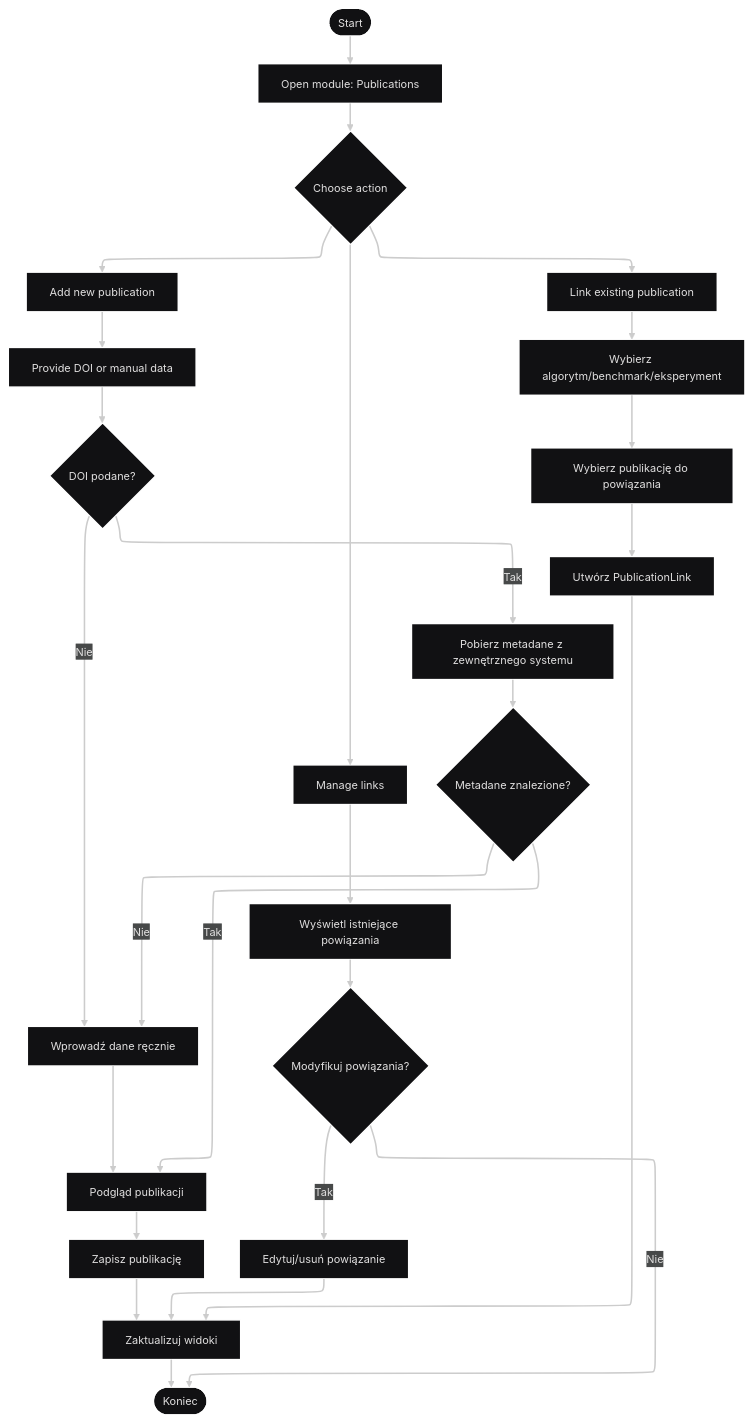
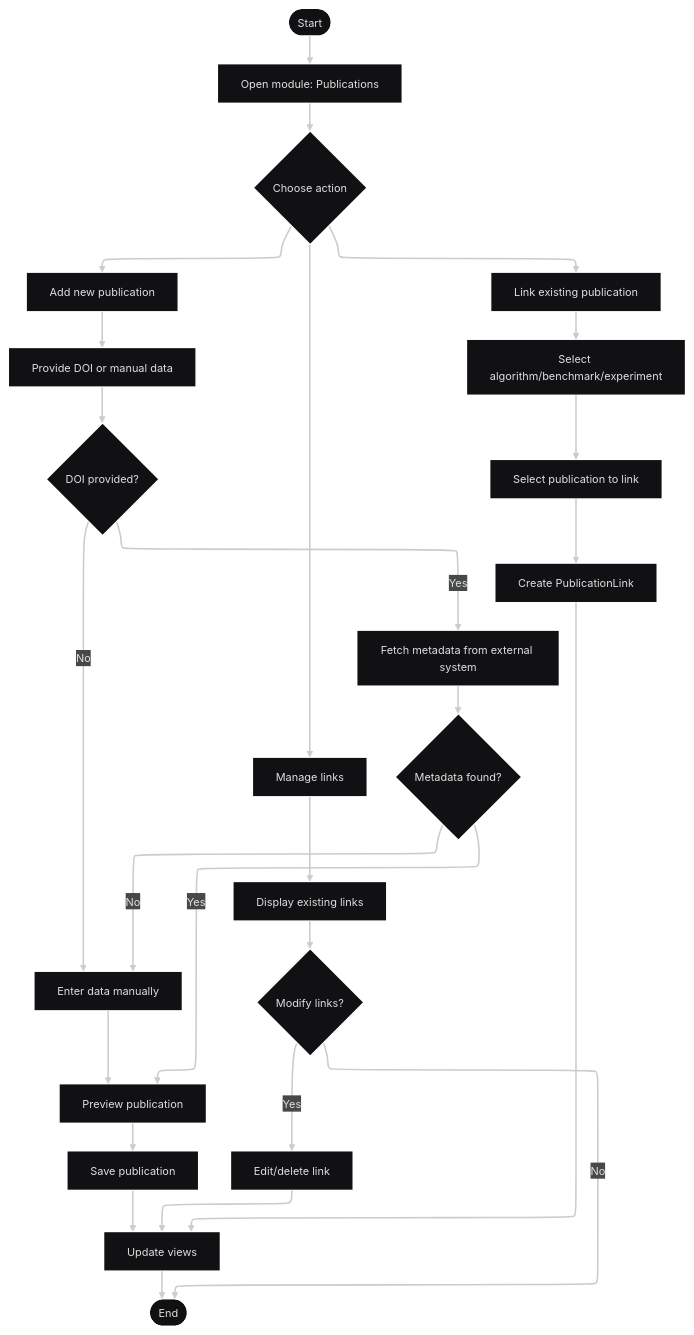
Before and after one commit to jedrzejpolaczek/aviarium.corvidae.corvus_corone: diagram 18 of 33 in docs/requirements/use-cases.md, drawn with Mermaid. The commit also changed other lines of this file and 12 other files, not shown here.

````diff
--- a/docs/requirements/use-cases.md
+++ b/docs/requirements/use-cases.md
@@ -787,31 +787,31 @@
 ```mermaid
 ---
 config:
   layout: elk
   theme: redux-dark
 ---
 flowchart TB
     Start(["Start"]) --> OpenPublications["Open module: Publications"]
     OpenPublications --> ChooseAction{"Choose action"}
     ChooseAction --> AddPublication["Add new publication"] & LinkExisting["Link existing publication"] & ManageLinks["Manage links"]
     AddPublication --> EnterData["Provide DOI or manual data"]
-    EnterData --> CheckDOI{"DOI podane?"}
-    CheckDOI -- Tak --> FetchMetadata["Pobierz metadane z zewnętrznego systemu"]
-    CheckDOI -- Nie --> ManualEntry["Wprowadź dane ręcznie"]
-    FetchMetadata --> MetadataFound{"Metadane znalezione?"}
-    MetadataFound -- Nie --> ManualEntry
-    MetadataFound -- Tak --> PreviewPublication["Podgląd publikacji"]
+    EnterData --> CheckDOI{"DOI provided?"}
+    CheckDOI -- Yes --> FetchMetadata["Fetch metadata from external system"]
+    CheckDOI -- No --> ManualEntry["Enter data manually"]
+    FetchMetadata --> MetadataFound{"Metadata found?"}
+    MetadataFound -- No --> ManualEntry
+    MetadataFound -- Yes --> PreviewPublication["Preview publication"]
     ManualEntry --> PreviewPublication
-    PreviewPublication --> SavePublication["Zapisz publikację"]
-    LinkExisting --> SelectTarget["Wybierz algorytm/benchmark/eksperyment"]
-    SelectTarget --> SelectPublication["Wybierz publikację do powiązania"]
-    SelectPublication --> CreateLink["Utwórz PublicationLink"]
-    ManageLinks --> ViewLinks["Wyświetl istniejące powiązania"]
-    ViewLinks --> ModifyLinks{"Modyfikuj powiązania?"}
-    ModifyLinks -- Tak --> EditLink["Edytuj/usuń powiązanie"]
-    ModifyLinks -- Nie --> End(["Koniec"])
-    SavePublication --> UpdateViews["Zaktualizuj widoki"]
+    PreviewPublication --> SavePublication["Save publication"]
+    LinkExisting --> SelectTarget["Select algorithm/benchmark/experiment"]
+    SelectTarget --> SelectPublication["Select publication to link"]
+    SelectPublication --> CreateLink["Create PublicationLink"]
+    ManageLinks --> ViewLinks["Display existing links"]
+    ViewLinks --> ModifyLinks{"Modify links?"}
+    ModifyLinks -- Yes --> EditLink["Edit/delete link"]
+    ModifyLinks -- No --> End(["End"])
+    SavePublication --> UpdateViews["Update views"]
     CreateLink --> UpdateViews
     EditLink --> UpdateViews
     UpdateViews --> End
 ```
````
